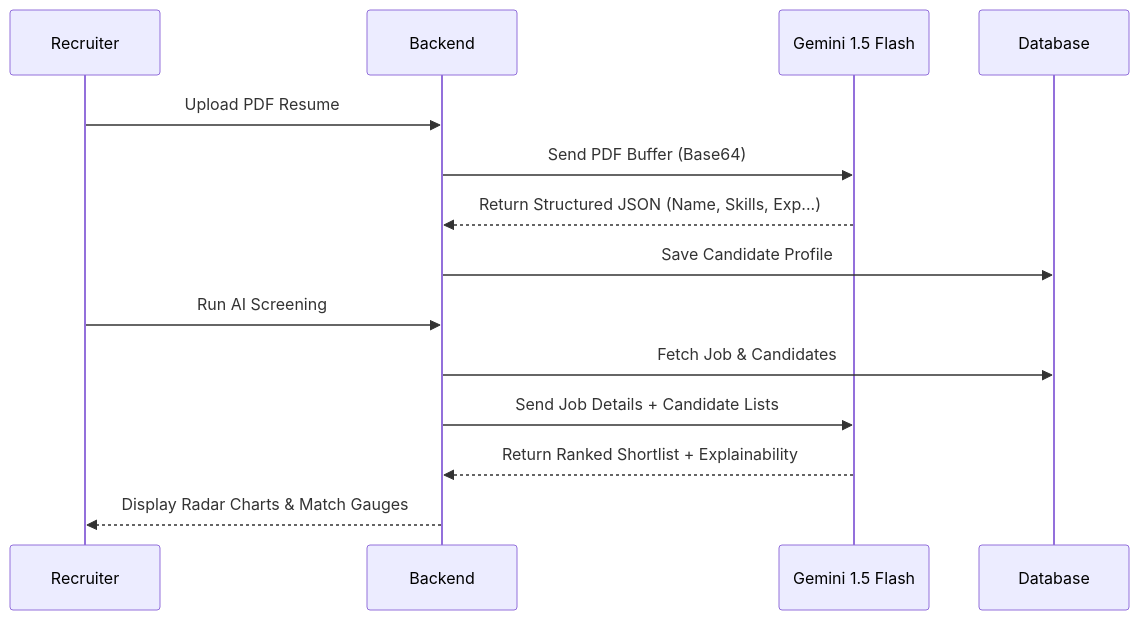
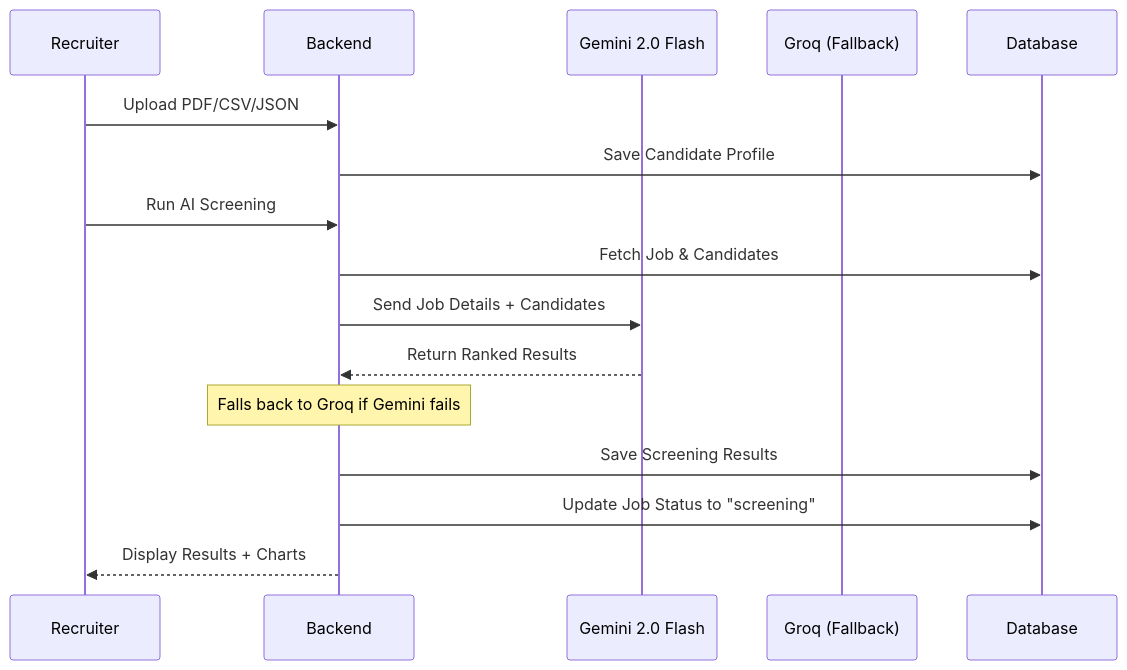
Before and after one commit to Edouard144/AIJobAnalyser: the second of 2 diagrams in README.md, drawn with Mermaid. The commit also changed other lines of this file and 1 other file, not shown here.

````diff
--- a/README.md
+++ b/README.md
@@ -34,18 +60,22 @@
 ```mermaid
 sequenceDiagram
     participant R as Recruiter
     participant B as Backend
-    participant G as Gemini 1.5 Flash
+    participant G as Gemini 2.0 Flash
+    participant Gr as Groq (Fallback)
     participant D as Database
 
-    R->>B: Upload PDF Resume
-    B->>G: Send PDF Buffer (Base64)
-    G-->>B: Return Structured JSON (Name, Skills, Exp...)
+    R->>B: Upload PDF/CSV/JSON
     B->>D: Save Candidate Profile
     
     R->>B: Run AI Screening
     B->>D: Fetch Job & Candidates
-    B->>G: Send Job Details + Candidate Lists
-    G-->>B: Return Ranked Shortlist + Explainability
-    B-->>R: Display Radar Charts & Match Gauges
+    B->>G: Send Job Details + Candidates
+    G-->>B: Return Ranked Results
+    
+    Note over B: Falls back to Groq if Gemini fails
+    
+    B->>D: Save Screening Results
+    B->>D: Update Job Status to "screening"
+    B-->>R: Display Results + Charts
 ```
````
